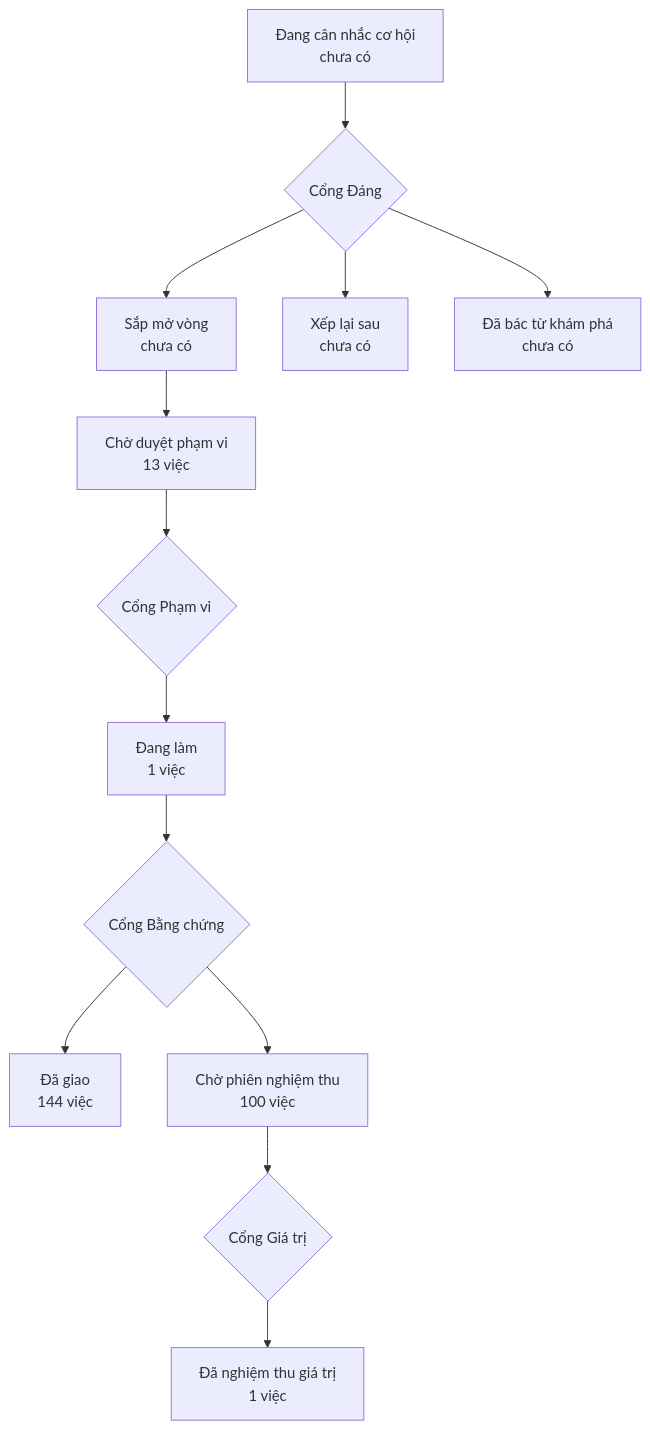
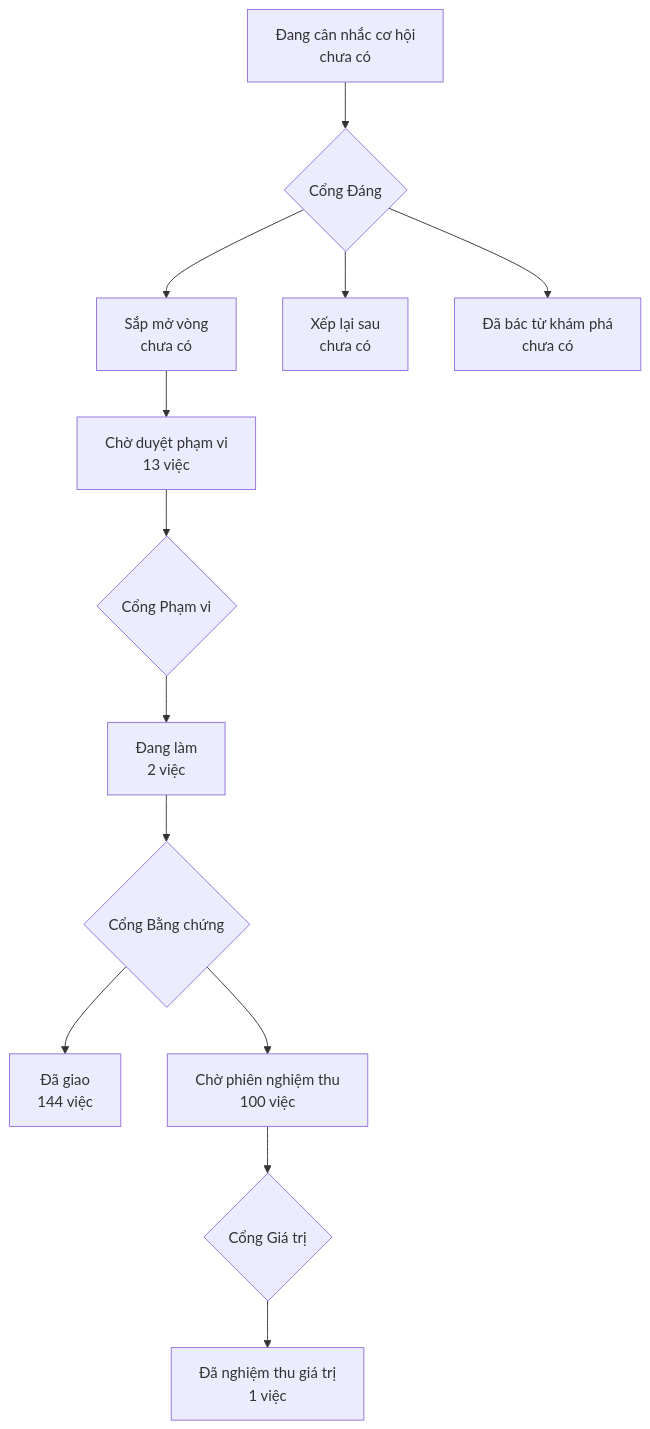
Before and after one commit to phanlemanh/onehub-invest: the diagram in PRODUCT-MAP.md, drawn with Mermaid. The commit also changed other lines of this file and 8 other files, not shown here.

````diff
--- a/PRODUCT-MAP.md
+++ b/PRODUCT-MAP.md
@@ -7,12 +7,12 @@
 ```mermaid
 flowchart TD
   A["Đang cân nhắc cơ hội<br/>chưa có"] --> GD{"Cổng Đáng"}
   GD --> B["Sắp mở vòng<br/>chưa có"]
   GD --> XL["Xếp lại sau<br/>chưa có"]
   GD --> DB["Đã bác từ khám phá<br/>chưa có"]
   B --> CD["Chờ duyệt phạm vi<br/>13 việc"] --> GP{"Cổng Phạm vi"}
-  GP --> DL["Đang làm<br/>1 việc"] --> GB{"Cổng Bằng chứng"}
+  GP --> DL["Đang làm<br/>2 việc"] --> GB{"Cổng Bằng chứng"}
   GB --> DG["Đã giao<br/>144 việc"]
   GB --> CN["Chờ phiên nghiệm thu<br/>100 việc"] --> GG{"Cổng Giá trị"}
   GG --> NT["Đã nghiệm thu giá trị<br/>1 việc"]
 ```
````
